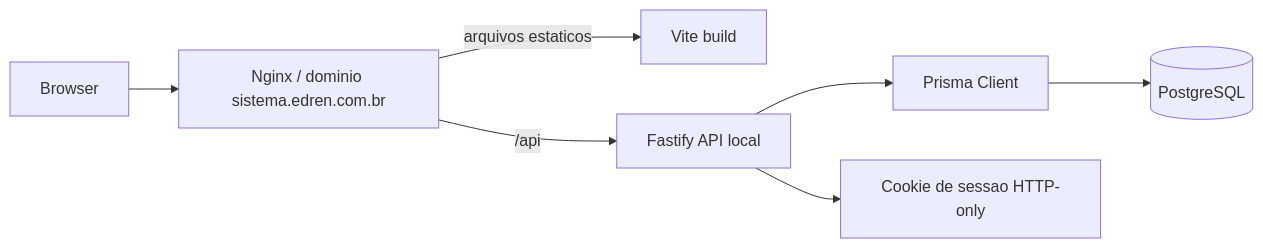
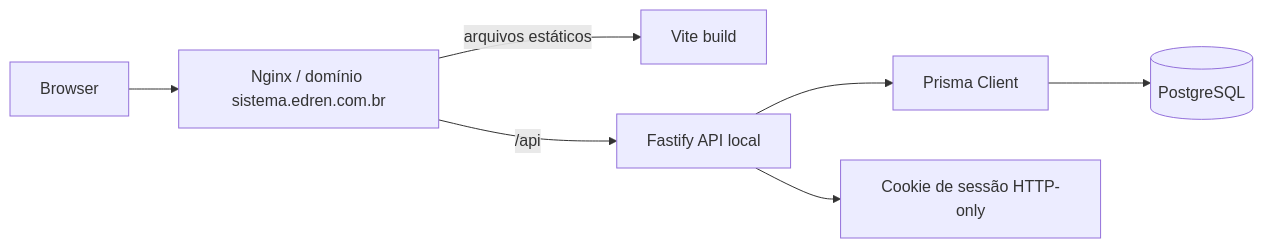
The diagram in .specs/codebase/ARCHITECTURE.md (lucassoaresol/sistema-edren), drawn with Mermaid before and after one commit. The commit also changed other lines of this file and 14 other files, not shown here.

````diff
--- a/.specs/codebase/ARCHITECTURE.md
+++ b/.specs/codebase/ARCHITECTURE.md
@@ -7,9 +7,9 @@
 ```mermaid
 flowchart LR
-  Browser[Browser] --> Nginx[Nginx / dominio sistema.edren.com.br]
-  Nginx -->|arquivos estaticos| Web[Vite build]
+  Browser[Browser] --> Nginx[Nginx / domínio sistema.edren.com.br]
+  Nginx -->|arquivos estáticos| Web[Vite build]
   Nginx -->|/api| API[Fastify API local]
   API --> Prisma[Prisma Client]
   Prisma --> Postgres[(PostgreSQL)]
-  API --> Cookie[Cookie de sessao HTTP-only]
+  API --> Cookie[Cookie de sessão HTTP-only]
 ```
````
